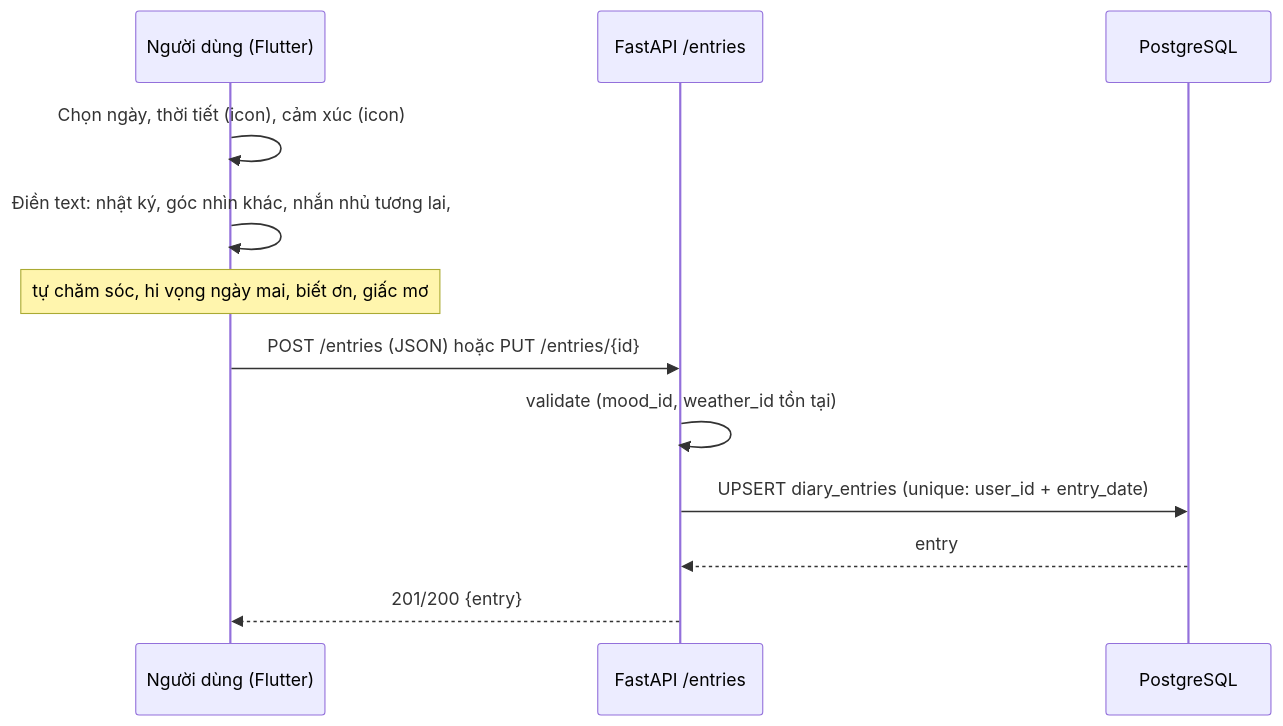
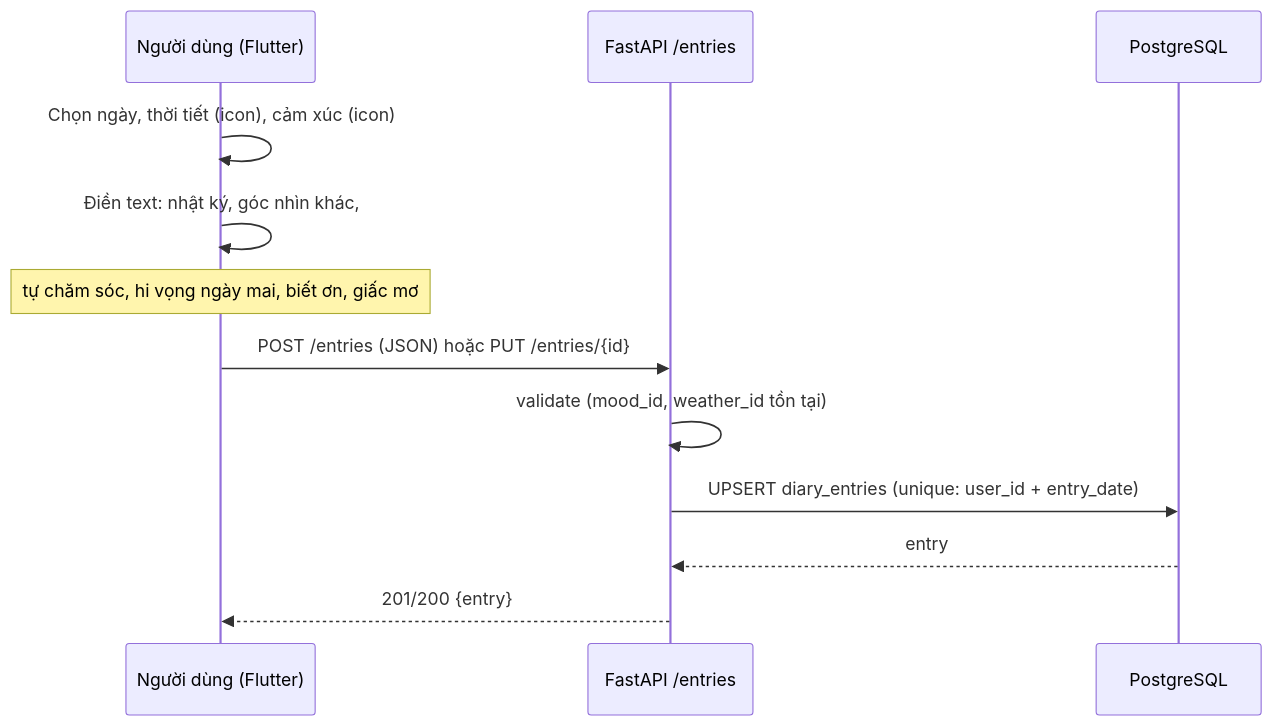
Before and after one commit to HuangMeii/memoir-diary: the second of 8 diagrams in docs/02-data-flow.md, drawn with Mermaid. The commit also changed 8 other files, not shown here.

````diff
--- a/docs/02-data-flow.md
+++ b/docs/02-data-flow.md
@@ -47,15 +47,15 @@
 ```mermaid
 sequenceDiagram
     participant U as Người dùng (Flutter)
     participant A as FastAPI /entries
     participant DB as PostgreSQL
 
     U->>U: Chọn ngày, thời tiết (icon), cảm xúc (icon)
-    U->>U: Điền text: nhật ký, góc nhìn khác, nhắn nhủ tương lai,
+    U->>U: Điền text: nhật ký, góc nhìn khác,
     note over U: tự chăm sóc, hi vọng ngày mai, biết ơn, giấc mơ
     U->>A: POST /entries (JSON) hoặc PUT /entries/{id}
     A->>A: validate (mood_id, weather_id tồn tại)
     A->>DB: UPSERT diary_entries (unique: user_id + entry_date)
     DB-->>A: entry
     A-->>U: 201/200 {entry}
 ```
````
